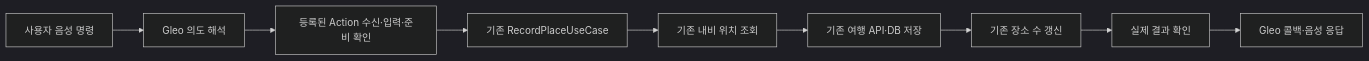
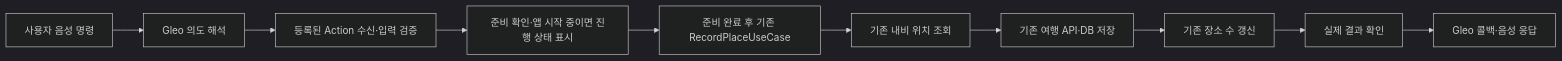
The diagram in docs/spec/gleo-ai/artifacts/gleo-crud-foundation.md (KANT-HYUNDAI-MOTOR-VEHICLE-APP/travel-crumbs), drawn with Mermaid (dark theme) before and after one commit. The commit also changed other lines of this file, not shown here.

````diff
--- a/docs/spec/gleo-ai/artifacts/gleo-crud-foundation.md
+++ b/docs/spec/gleo-ai/artifacts/gleo-crud-foundation.md
@@ -18,11 +18,12 @@
 ```mermaid
 flowchart LR
     A[사용자 음성 명령] --> B[Gleo 의도 해석]
-    B --> C[등록된 Action 수신·입력·준비 확인]
-    C --> D[기존 RecordPlaceUseCase]
+    B --> C[등록된 Action 수신·입력 검증]
+    C --> P[준비 확인·앱 시작 중이면 진행 상태 표시]
+    P --> D[준비 완료 후 기존 RecordPlaceUseCase]
     D --> E[기존 내비 위치 조회]
     E --> F[기존 여행 API·DB 저장]
     F --> G[기존 장소 수 갱신]
     G --> H[실제 결과 확인]
     H --> I[Gleo 콜백·음성 응답]
 ```
````
